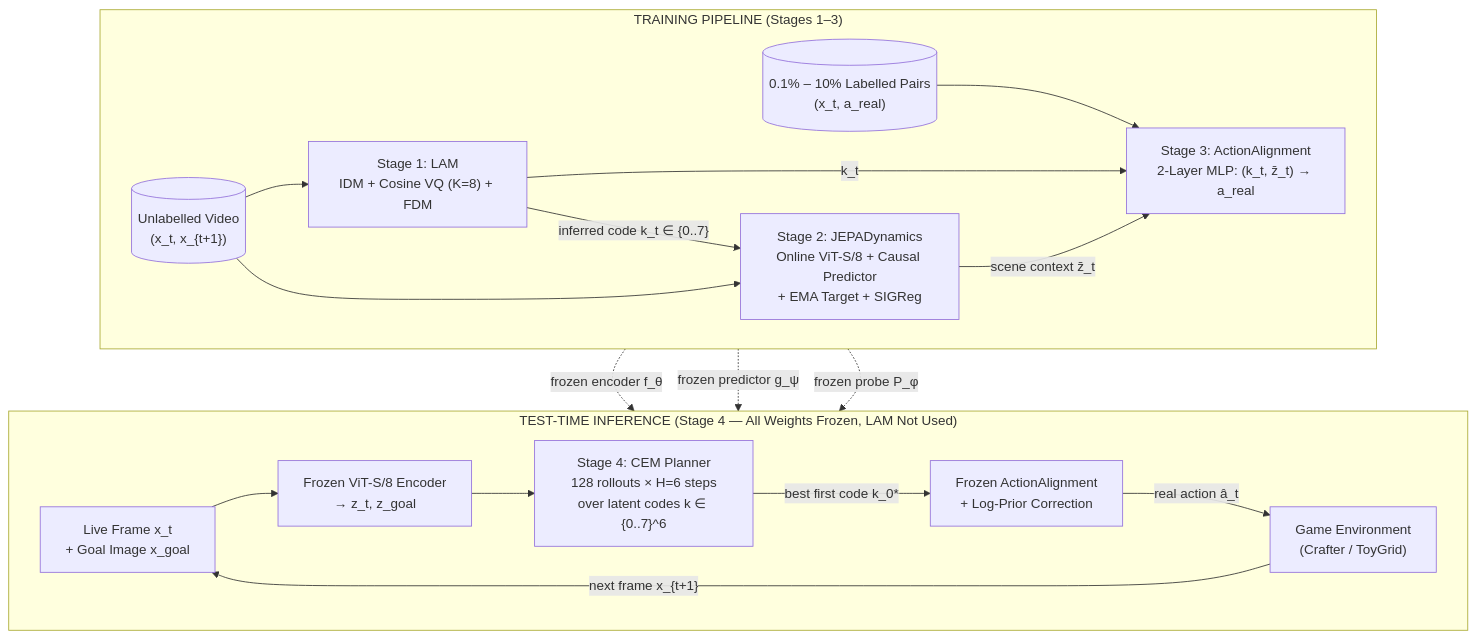
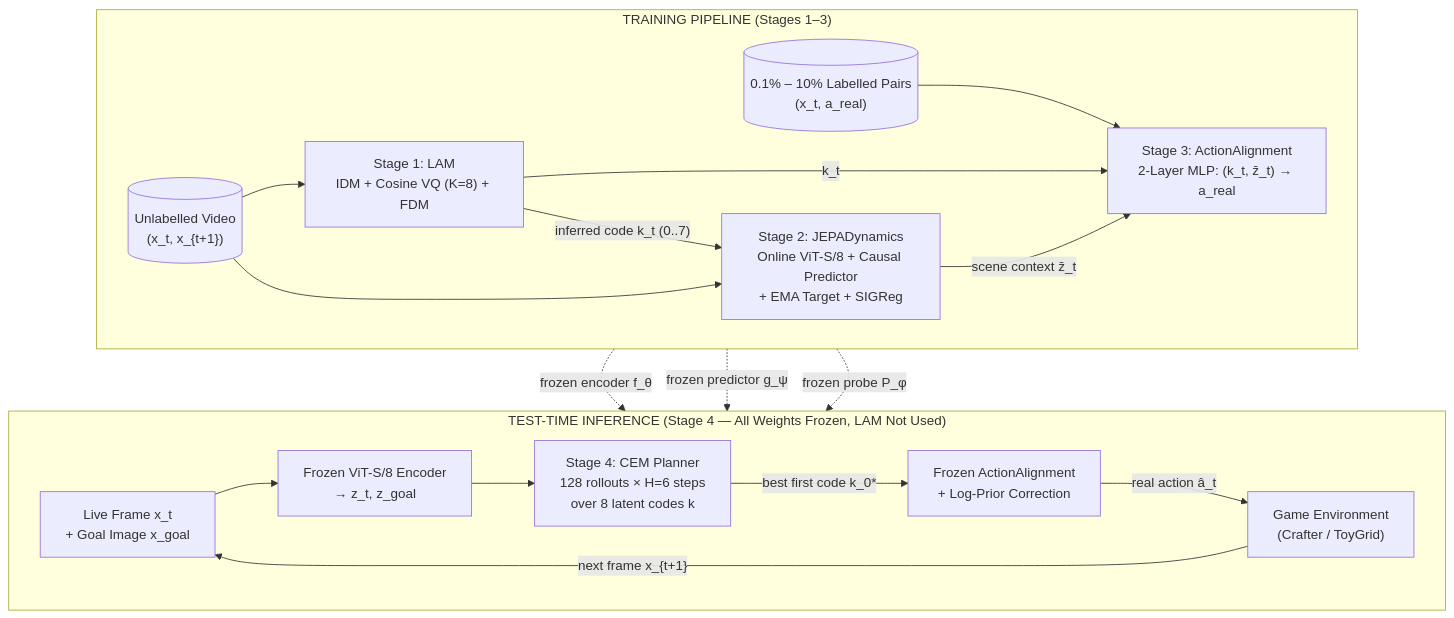
The diagram in README.md (rivas-vega/latent-play), drawn with Mermaid before and after one commit. The commit also changed other lines of this file and 3 other files, not shown here.

````diff
--- a/README.md
+++ b/README.md
@@ -34,25 +35,25 @@
 ```mermaid
 flowchart TB
     subgraph TRAIN["TRAINING PIPELINE (Stages 1–3)"]
         direction LR
         V[("Unlabelled Video<br/>(x_t, x_{t+1})")] --> LAM["Stage 1: LAM<br/>IDM + Cosine VQ (K=8) + FDM"]
-        LAM -- "inferred code k_t ∈ {0..7}" --> JEPA["Stage 2: JEPADynamics<br/>Online ViT-S/8 + Causal Predictor<br/>+ EMA Target + SIGReg"]
+        LAM -- "inferred code k_t (0..7)" --> JEPA["Stage 2: JEPADynamics<br/>Online ViT-S/8 + Causal Predictor<br/>+ EMA Target + SIGReg"]
         V --> JEPA
         LAB[("0.1% – 10% Labelled Pairs<br/>(x_t, a_real)")] --> AL["Stage 3: ActionAlignment<br/>2-Layer MLP: (k_t, z̄_t) → a_real"]
         LAM -- "k_t" --> AL
         JEPA -- "scene context z̄_t" --> AL
     end
 
     subgraph TEST["TEST-TIME INFERENCE (Stage 4 — All Weights Frozen, LAM Not Used)"]
         direction LR
         X["Live Frame x_t<br/>+ Goal Image x_goal"] --> ENC["Frozen ViT-S/8 Encoder<br/>→ z_t, z_goal"]
-        ENC --> CEM["Stage 4: CEM Planner<br/>128 rollouts × H=6 steps<br/>over latent codes k ∈ {0..7}^6"]
+        ENC --> CEM["Stage 4: CEM Planner<br/>128 rollouts × H=6 steps<br/>over 8 latent codes k"]
         CEM -- "best first code k_0*" --> AL2["Frozen ActionAlignment<br/>+ Log-Prior Correction"]
         AL2 -- "real action â_t" --> ENV["Game Environment<br/>(Crafter / ToyGrid)"]
         ENV -- "next frame x_{t+1}" --> X
     end
 
     JEPA -. "frozen encoder f_θ" .-> ENC
     JEPA -. "frozen predictor g_ψ" .-> CEM
     AL -. "frozen probe P_φ" .-> AL2
 ```
````
